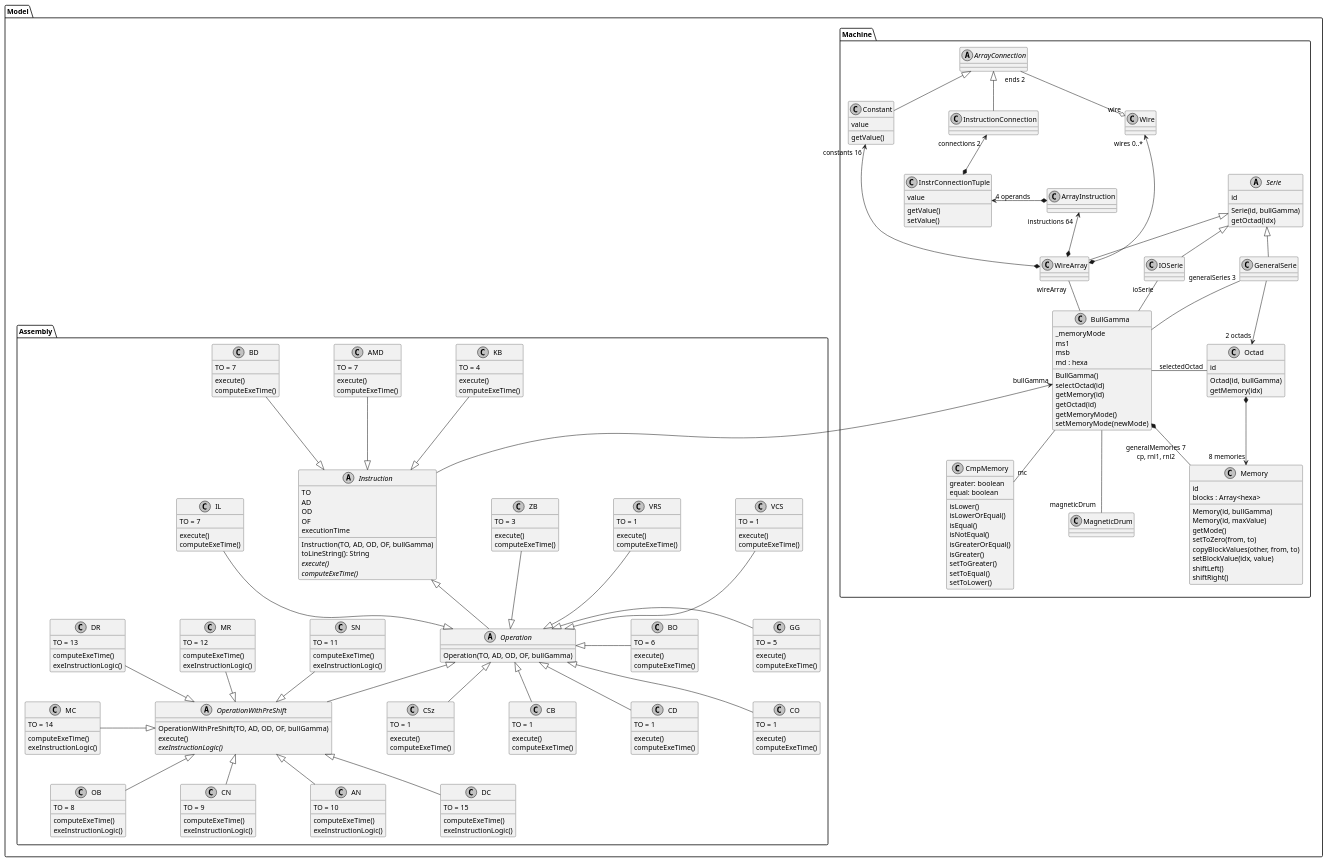
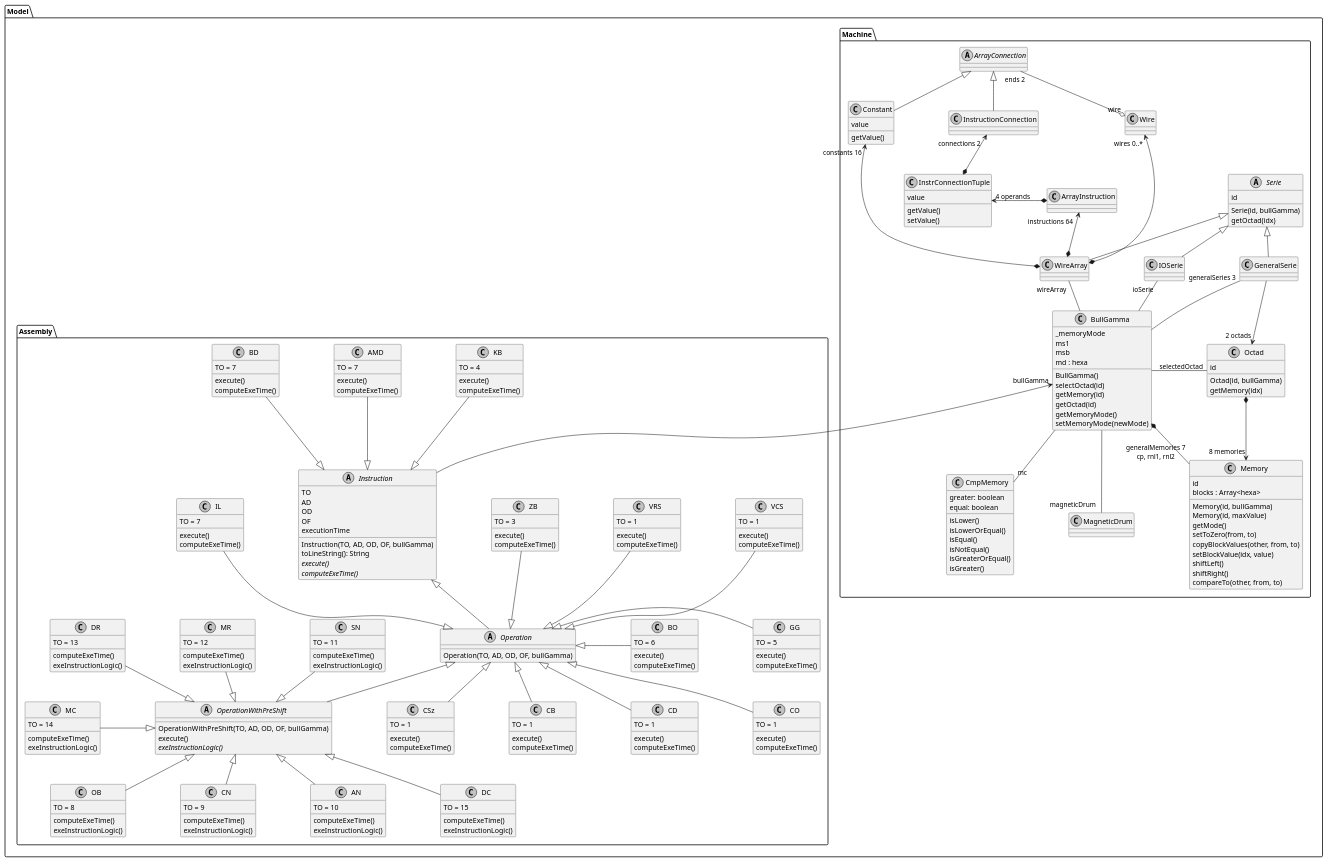
Before and after one commit to lutrampal/bullgammator: the diagram in docs/classes.puml, drawn with PlantUML. The commit also changed 7 other files, not shown here.

```diff
--- a/docs/classes.puml
+++ b/docs/classes.puml
@@ -41,6 +41,7 @@
       setBlockValue(idx, value)
       shiftLeft()
       shiftRight()
+      compareTo(other, from, to)
     }
 
     class CmpMemory {
@@ -52,9 +53,6 @@
       isNotEqual()
       isGreaterOrEqual()
       isGreater()
-      setToGreater()
-      setToEqual()
-      setToLower()
     }
 
     class MagneticDrum {
```
